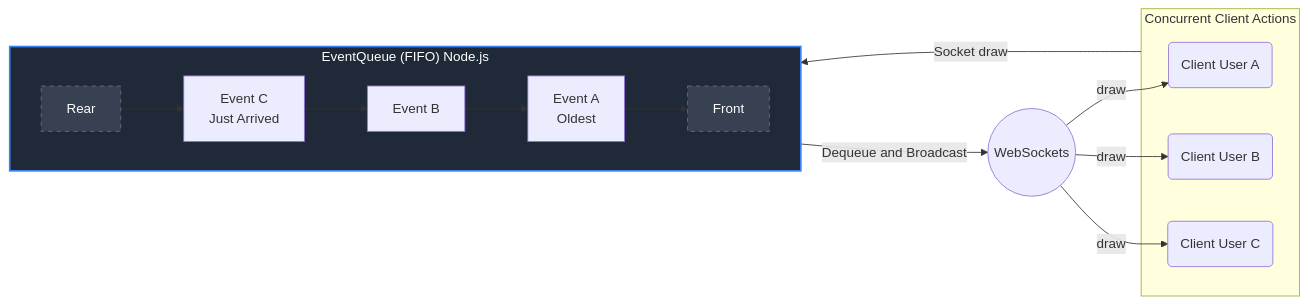
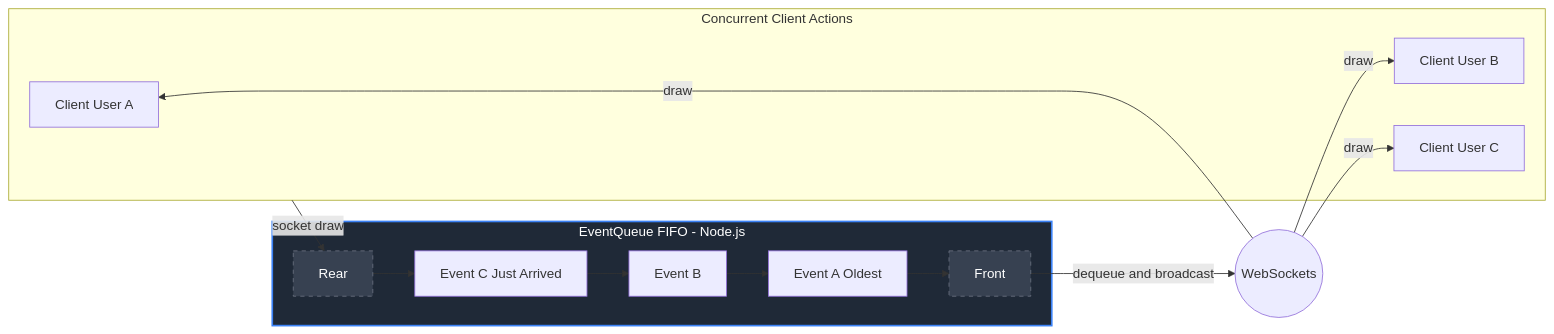
Before and after one commit to prem22k/Online-Collaborative-Whiteboard: the first of 2 diagrams in docs/data_structures_design.md, drawn with Mermaid. The commit also changed other lines of this file, not shown here.

Commit message:
fix(docs): resolve Mermaid parse errors in both diagrams
Remove quoted subgraph labels, HTML br tags, direction keywords,
and parenthesized node labels that break GitHub's Mermaid renderer.

````diff
--- a/docs/data_structures_design.md
+++ b/docs/data_structures_design.md
@@ -18,23 +18,22 @@
 ```mermaid
 graph LR
-    subgraph Incoming ["Concurrent Client Actions"]
-        C1(Client User A)
-        C2(Client User B)
-        C3(Client User C)
+    subgraph Incoming [Concurrent Client Actions]
+        C1[Client User A]
+        C2[Client User B]
+        C3[Client User C]
     end
 
-    subgraph EventQueue ["EventQueue (FIFO) Node.js"]
-        direction LR
-        Rear[Rear] --> E3[Event C<br/>Just Arrived] --> E2[Event B] --> E1[Event A<br/>Oldest] --> Front[Front]
+    subgraph EventQueue [EventQueue FIFO - Node.js]
+        Rear[Rear] --> E3[Event C Just Arrived] --> E2[Event B] --> E1[Event A Oldest] --> Front[Front]
     end
 
-    Incoming -->|Socket draw| Rear
-    Front -->|Dequeue and Broadcast| WebSockets((WebSockets))
+    Incoming -->|socket draw| Rear
+    Front -->|dequeue and broadcast| WebSockets((WebSockets))
     WebSockets -->|draw| C1
     WebSockets -->|draw| C2
     WebSockets -->|draw| C3
 
     style EventQueue fill:#1f2937,stroke:#3b82f6,stroke-width:2px,color:#fff
     style Rear fill:#374151,stroke:#6b7280,color:#fff,stroke-dasharray: 5 5
     style Front fill:#374151,stroke:#6b7280,color:#fff,stroke-dasharray: 5 5
 ```
````
